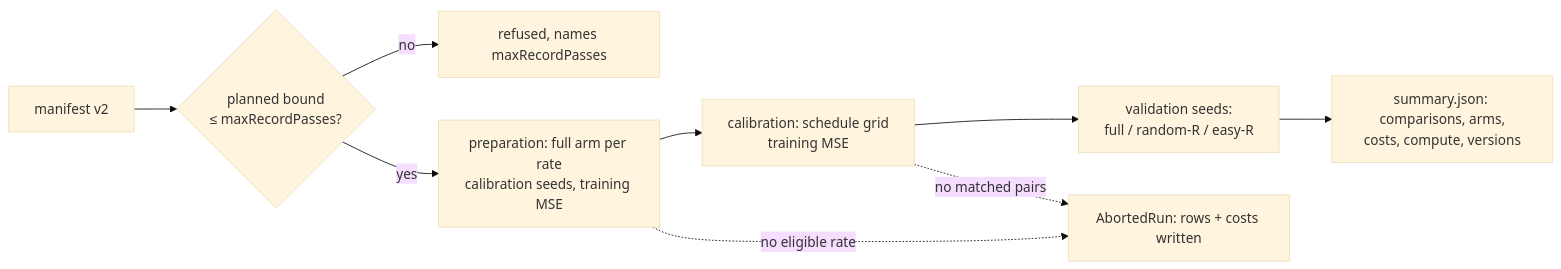
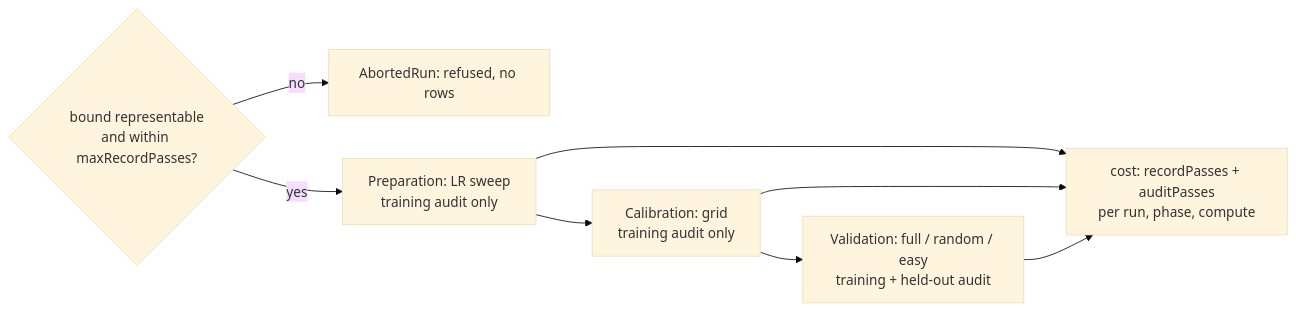
Before and after one commit to stSoftwareAU/NEAT-AI-Lamarck: the diagram in docs/archive/pr-summaries/pr-summary-267.md, drawn with Mermaid (base theme). The commit also changed other lines of this file, not shown here.

First line of the commit message:
PR summary for the #267 record-skip follow-up

````diff
--- a/docs/archive/pr-summaries/pr-summary-267.md
+++ b/docs/archive/pr-summaries/pr-summary-267.md
@@ -111,11 +76,8 @@
 ```mermaid
 flowchart LR
-    M[manifest v2] --> B{planned bound<br/>≤ maxRecordPasses?}
-    B -- no --> X[refused, names maxRecordPasses]
-    B -- yes --> P[preparation: full arm per rate<br/>calibration seeds, training MSE]
-    P --> C[calibration: schedule grid<br/>training MSE]
-    C --> V[validation seeds:<br/>full / random-R / easy-R]
-    V --> S[summary.json: comparisons, arms,<br/>costs, compute, versions]
-    P -. no eligible rate .-> A[AbortedRun: rows + costs written]
-    C -. no matched pairs .-> A
+    G{bound representable<br/>and within maxRecordPasses?} -- no --> R[AbortedRun: refused, no rows]
+    G -- yes --> P[Preparation: LR sweep<br/>training audit only]
+    P --> C[Calibration: grid<br/>training audit only]
+    C --> V[Validation: full / random / easy<br/>training + held-out audit]
+    P & C & V --> K[cost: recordPasses + auditPasses<br/>per run, phase, compute]
 ```
````
